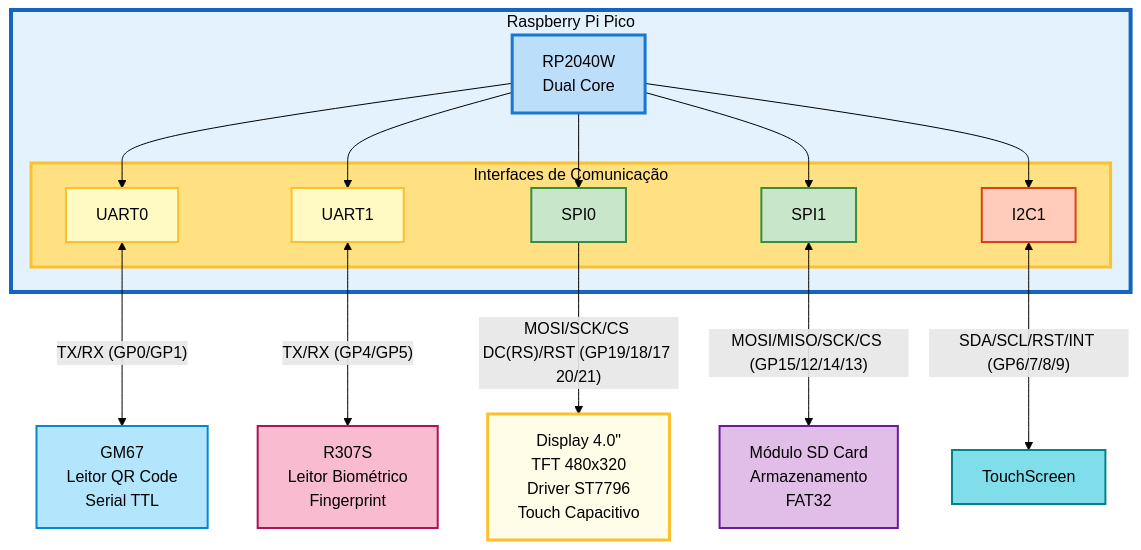
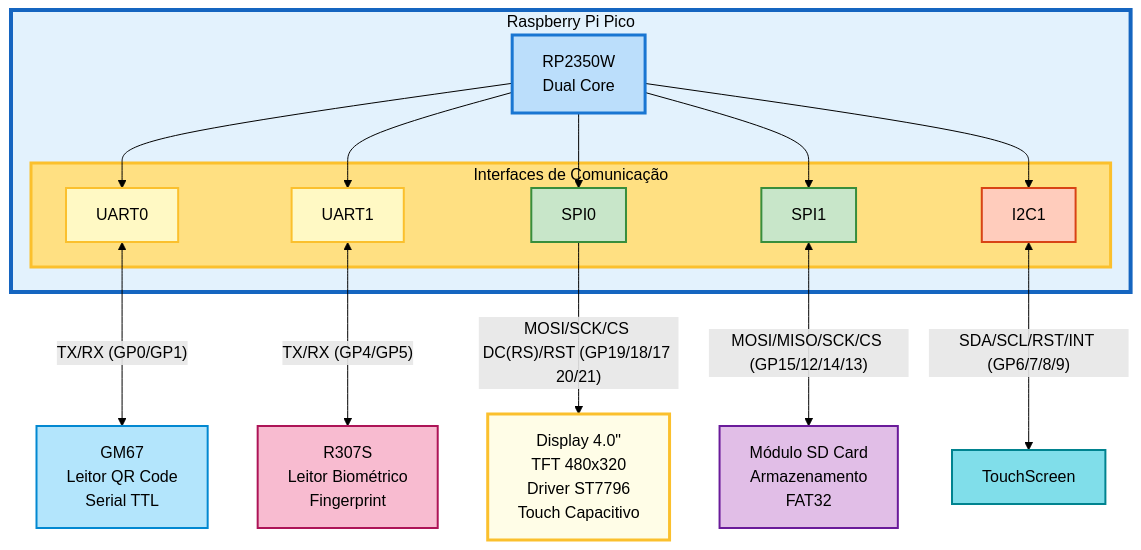
Before and after one commit to AdryRocha/medical-clinic-checkin: the diagram in medical-clinic-checkin-pico/docs/diagrams/hardware_diagram.md, drawn with Mermaid.

Commit message:
Change CPU model in hardware diagram
Updated CPU model in hardware diagram from RP2040W to RP2350W.

````diff
--- a/medical-clinic-checkin-pico/docs/diagrams/hardware_diagram.md
+++ b/medical-clinic-checkin-pico/docs/diagrams/hardware_diagram.md
@@ -3,43 +3,43 @@
 ```mermaid
 graph TB
     subgraph RPI["Raspberry Pi Pico<br/>"]
-        CPU["RP2040W<br/>Dual Core<br/>"]
+        CPU["RP2350W<br/>Dual Core<br/>"]
         
         subgraph Interfaces["Interfaces de Comunicação"]
             UART0["UART0"]
             UART1["UART1"]
             SPI0["SPI0"]
             SPI1["SPI1"]
             I2C1["I2C1"]
         end
         
         CPU --> UART0
         CPU --> UART1
         CPU --> SPI0
         CPU --> SPI1
         CPU --> I2C1
     end
     
     UART0 <-->|"TX/RX (GP0/GP1)"| QR["GM67<br/>Leitor QR Code<br/>Serial TTL"]
     UART1 <-->|"TX/RX (GP4/GP5)"| FP["R307S<br/>Leitor Biométrico<br/>Fingerprint"]
     SPI0 -->|"MOSI/SCK/CS DC(RS)/RST (GP19/18/17 20/21)"| DISPLAY["Display 4.0&quot;<br/>TFT 480x320<br/>Driver ST7796<br/>Touch Capacitivo"]
     SPI1 <-->|"MOSI/MISO/SCK/CS (GP15/12/14/13)"| SD["Módulo SD Card<br/>Armazenamento<br/>FAT32"]
     I2C1 <--> |"SDA/SCL/RST/INT (GP6/7/8/9)"| TOUCH["TouchScreen"]
     
 
     style RPI fill:#e3f2fd,stroke:#1565c0,stroke-width:4px,color:#000
     style CPU fill:#bbdefb,stroke:#1976d2,stroke-width:3px,color:#000
     style Interfaces fill:#ffe082,stroke:#fbc02d,stroke-width:3px,color:#000
     style UART0 fill:#fff9c4,stroke:#fbc02d,stroke-width:2px,color:#000
     style UART1 fill:#fff9c4,stroke:#fbc02d,stroke-width:2px,color:#000
     style SPI0 fill:#c8e6c9,stroke:#388e3c,stroke-width:2px,color:#000
     style SPI1 fill:#c8e6c9,stroke:#388e3c,stroke-width:2px,color:#000
     style I2C1 fill:#ffccbc,stroke:#d84315,stroke-width:2px,color:#000
     style QR fill:#b3e5fc,stroke:#0288d1,stroke-width:2px,color:#000
     style FP fill:#f8bbd0,stroke:#ad1457,stroke-width:2px,color:#000
     style DISPLAY fill:#fffde7,stroke:#fbc02d,stroke-width:3px,color:#000
     style SD fill:#e1bee7,stroke:#6a1b9a,stroke-width:2px,color:#000
     style TOUCH fill:#80deea,stroke:#00838f,stroke-width:2px,color:#000
 
     linkStyle default stroke:#000,stroke-width:1px,color:#000
 ```
````
